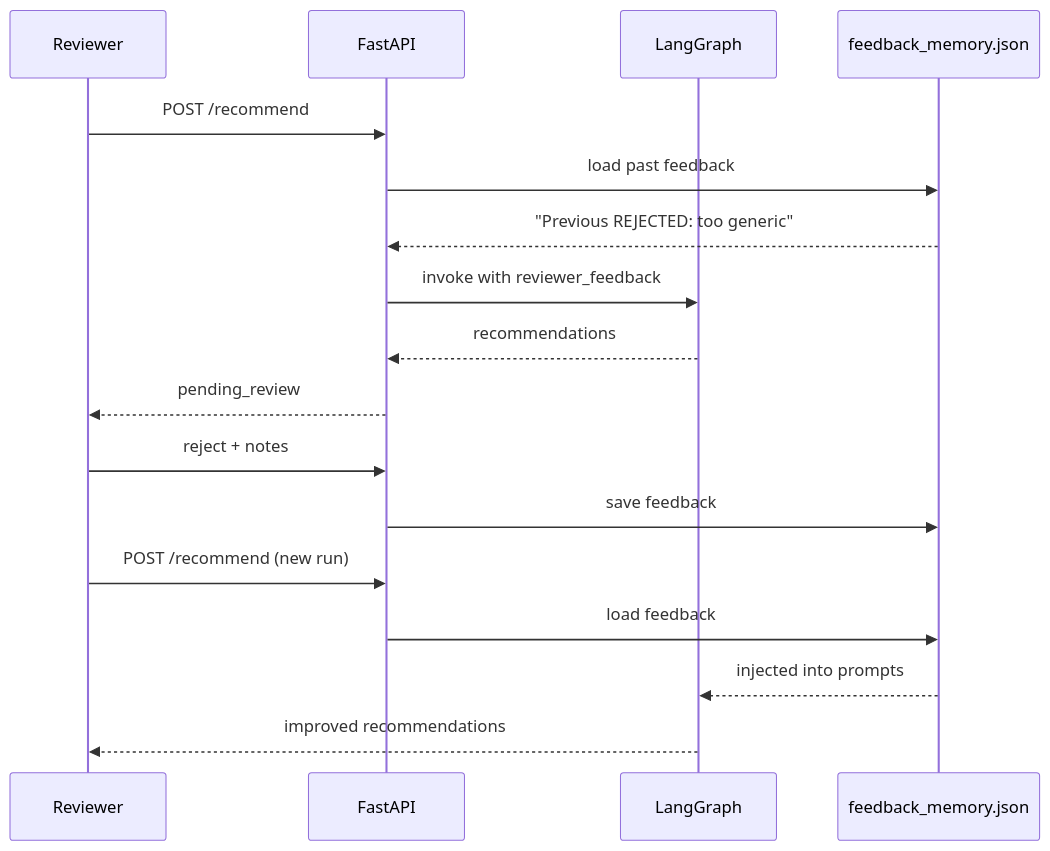
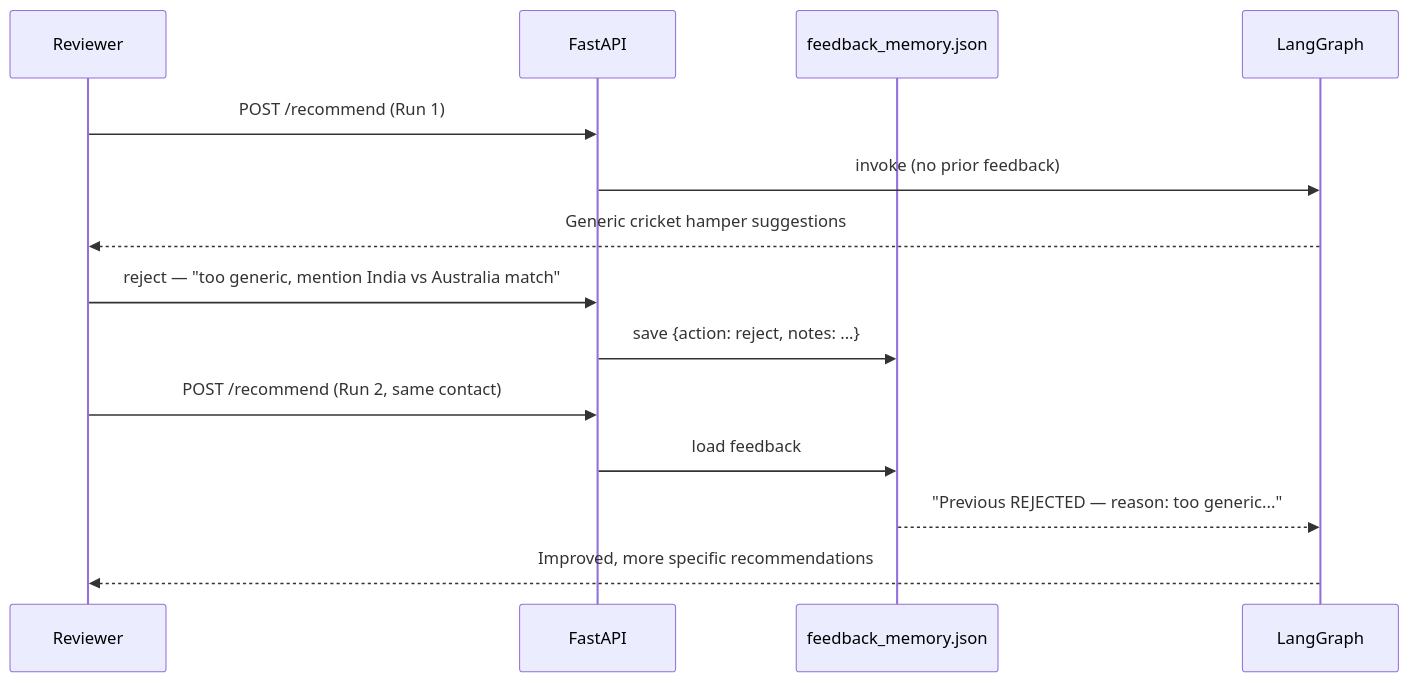
The sixth of 6 diagrams in README.md (SuhasKambham/delightloop-gift-agent), drawn with Mermaid before and after one commit. The commit also changed other lines of this file and 14 other files, not shown here.

Commit message:
Add comprehensive README, architecture and eval docs for submission

````diff
--- a/README.md
+++ b/README.md
@@ -391,22 +652,19 @@
 ```mermaid
 sequenceDiagram
-    participant U as Reviewer
+    participant R as Reviewer
     participant API as FastAPI
+    participant MEM as feedback_memory.json
     participant WF as LangGraph
-    participant MEM as feedback_memory.json
 
-    U->>API: POST /recommend
-    API->>MEM: load past feedback
-    MEM-->>API: "Previous REJECTED: too generic"
-    API->>WF: invoke with reviewer_feedback
-    WF-->>API: recommendations
-    API-->>U: pending_review
+    R->>API: POST /recommend (Run 1)
+    API->>WF: invoke (no prior feedback)
+    WF-->>R: Generic cricket hamper suggestions
 
-    U->>API: reject + notes
-    API->>MEM: save feedback
+    R->>API: reject — "too generic, mention India vs Australia match"
+    API->>MEM: save {action: reject, notes: ...}
 
-    U->>API: POST /recommend (new run)
+    R->>API: POST /recommend (Run 2, same contact)
     API->>MEM: load feedback
-    MEM-->>WF: injected into prompts
-    WF-->>U: improved recommendations
+    MEM-->>WF: "Previous REJECTED — reason: too generic..."
+    WF-->>R: Improved, more specific recommendations
 ```
````
